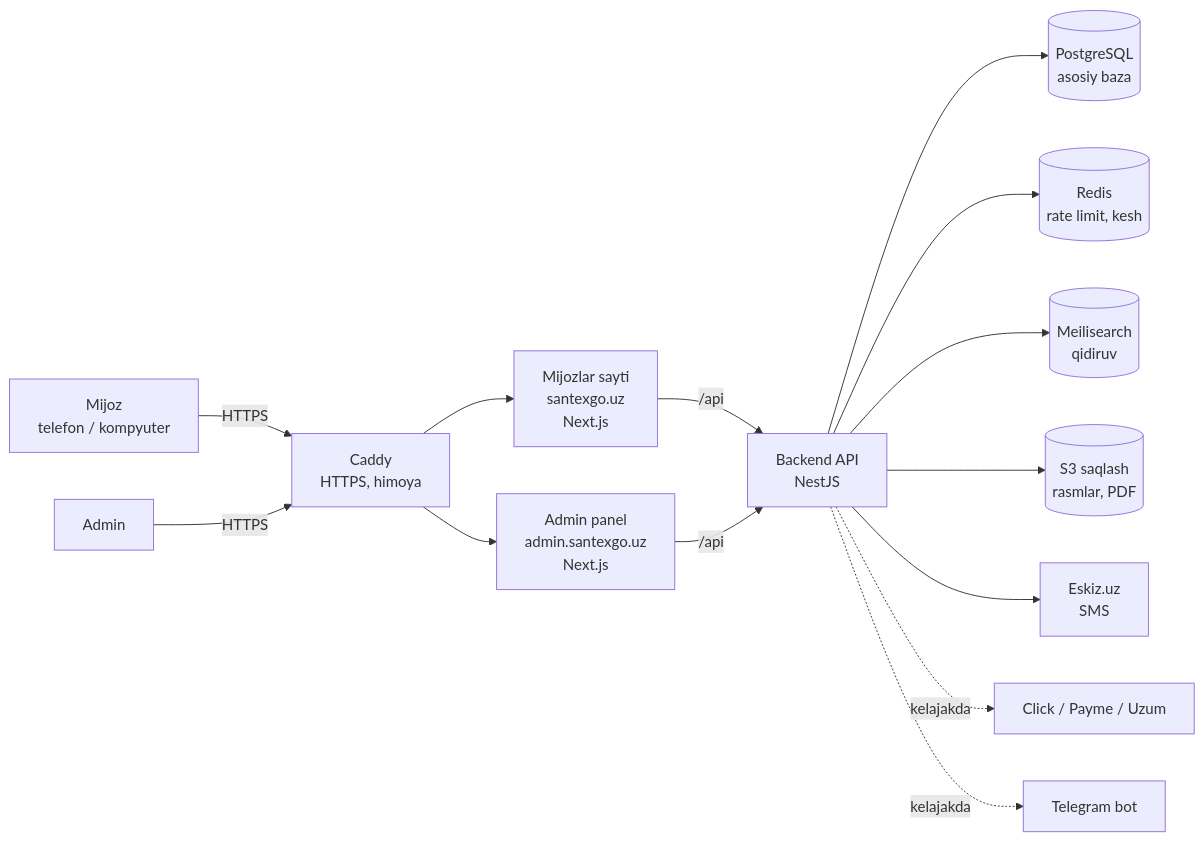
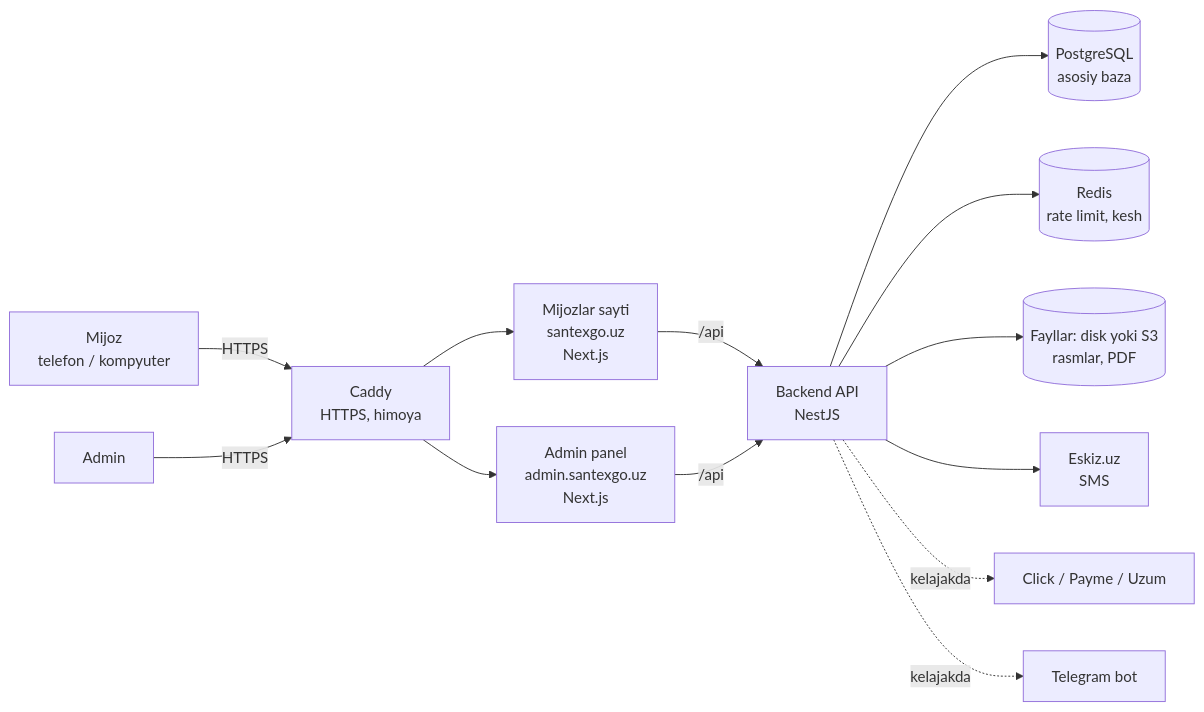
Before and after one commit to aabduganiyev002-debug/santexgo: the first of 7 diagrams in docs/ARXITEKTURA.md, drawn with Mermaid. The commit also changed other lines of this file and 79 other files, not shown here.

````diff
--- a/docs/ARXITEKTURA.md
+++ b/docs/ARXITEKTURA.md
@@ -26,16 +26,15 @@
 ```mermaid
 flowchart LR
     M[Mijoz<br/>telefon / kompyuter] -->|HTTPS| C
     A[Admin] -->|HTTPS| C
     C[Caddy<br/>HTTPS, himoya] --> W[Mijozlar sayti<br/>santexgo.uz<br/>Next.js]
     C --> AD[Admin panel<br/>admin.santexgo.uz<br/>Next.js]
     W -->|/api| API
     AD -->|/api| API
     API[Backend API<br/>NestJS] --> PG[(PostgreSQL<br/>asosiy baza)]
     API --> R[(Redis<br/>rate limit, kesh)]
-    API --> MS[(Meilisearch<br/>qidiruv)]
-    API --> S3[(S3 saqlash<br/>rasmlar, PDF)]
+    API --> S3[(Fayllar: disk yoki S3<br/>rasmlar, PDF)]
     API --> SMS[Eskiz.uz<br/>SMS]
     API -.kelajakda.-> PAY[Click / Payme / Uzum]
     API -.kelajakda.-> TG[Telegram bot]
 ```
````
